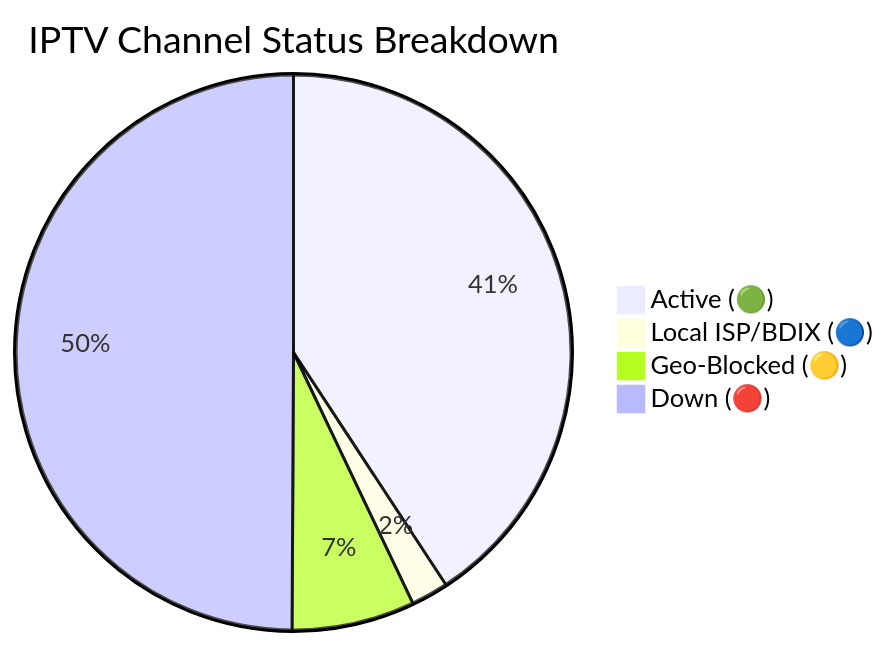
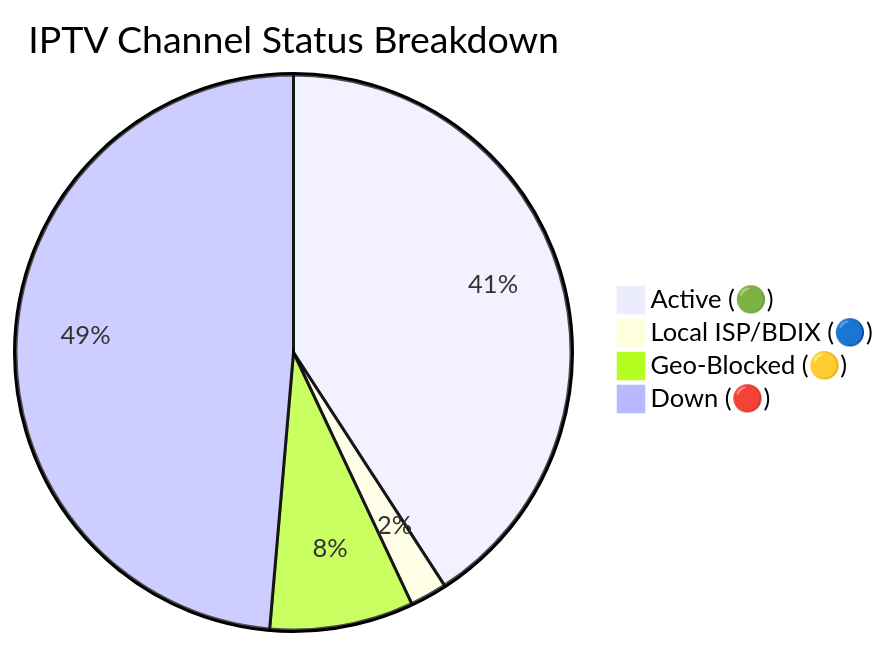
One commit to andreataylord/Ip-tv-Collection changed the diagram in README.md. Above: the diagram before and after it, drawn with Mermaid. The commit also changed other lines of this file and 3 other files, not shown here.

````diff
--- a/README.md
+++ b/README.md
@@ -59,7 +59,7 @@
 ```mermaid
 pie title IPTV Channel Status Breakdown
-    "Active (🟢)" : 2946
-    "Local ISP/BDIX (🔵)" : 157
-    "Geo-Blocked (🟡)" : 517
-    "Down (🔴)" : 3608
+    "Active (🟢)" : 2958
+    "Local ISP/BDIX (🔵)" : 156
+    "Geo-Blocked (🟡)" : 606
+    "Down (🔴)" : 3522
 ```
````
